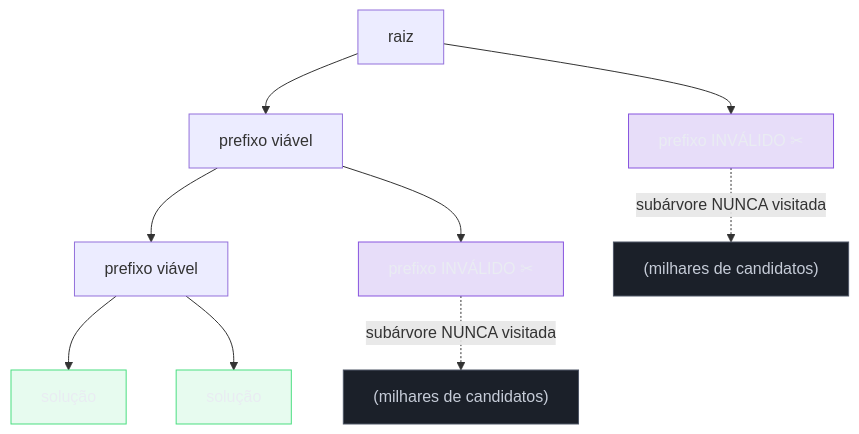
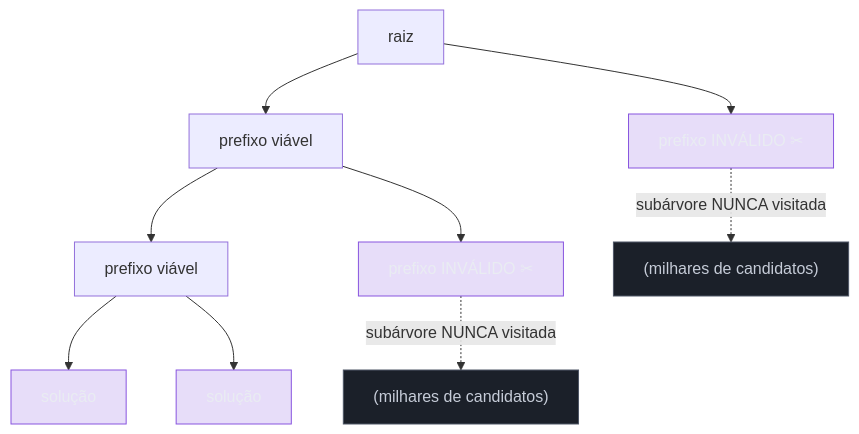
One commit to josenaldo/codex-technomanticus changed the third of 6 diagrams in 03-Dominios/Ciência/Algoritmos/12 - Backtracking.md. Above: the diagram before and after it, drawn with Mermaid. The commit also changed other lines of this file and 601 other files, not shown here.

````diff
--- a/03-Dominios/Ciência/Algoritmos/12 - Backtracking.md
+++ b/03-Dominios/Ciência/Algoritmos/12 - Backtracking.md
@@ -140,21 +140,20 @@
 ```mermaid
 flowchart TD
     classDef marca fill:#8855DF33,stroke:#8855DF,color:#E9ECF2
     classDef neutro fill:#1B2029,stroke:#4E5666,color:#C6CCD8
-    classDef ok fill:#4ADE8021,stroke:#4ADE80,color:#E9ECF2
     R["raiz"] --> N1["prefixo viável"]
     R --> N2["prefixo INVÁLIDO ✂"]
     N1 --> N1a["prefixo viável"]
     N1 --> N1b["prefixo INVÁLIDO ✂"]
     N1a --> S1["solução"]
     N1a --> S2["solução"]
     N2 -. "subárvore NUNCA visitada" .-> X1["(milhares de candidatos)"]
     N1b -. "subárvore NUNCA visitada" .-> X2["(milhares de candidatos)"]
 
     class N2 marca
     class N1b marca
     class X1 neutro
     class X2 neutro
-    class S1 ok
-    class S2 ok
+    class S1 marca
+    class S2 marca
 ```
````
